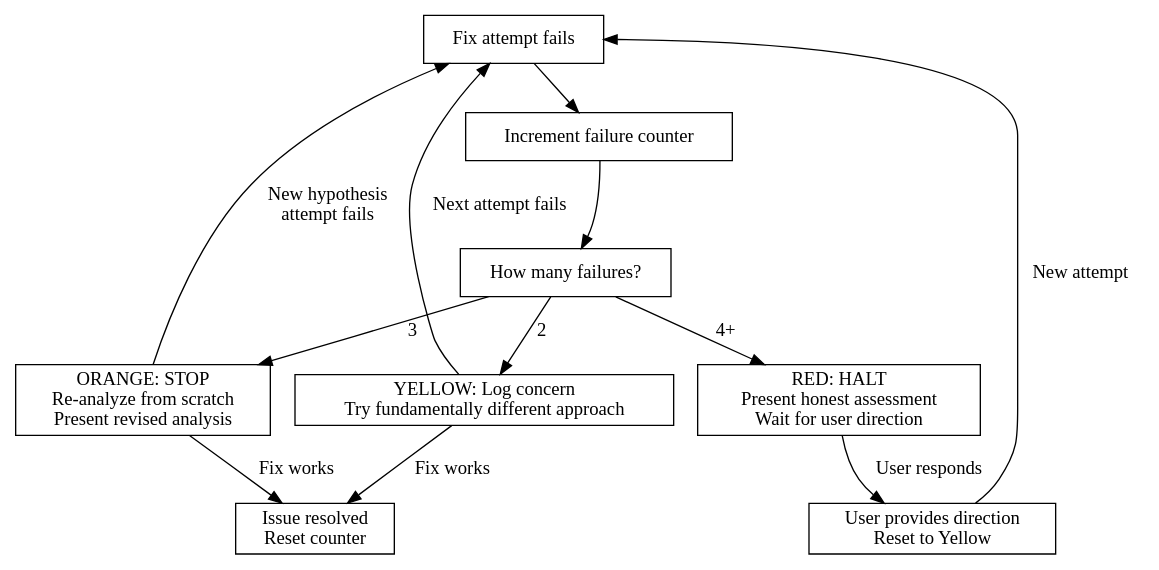
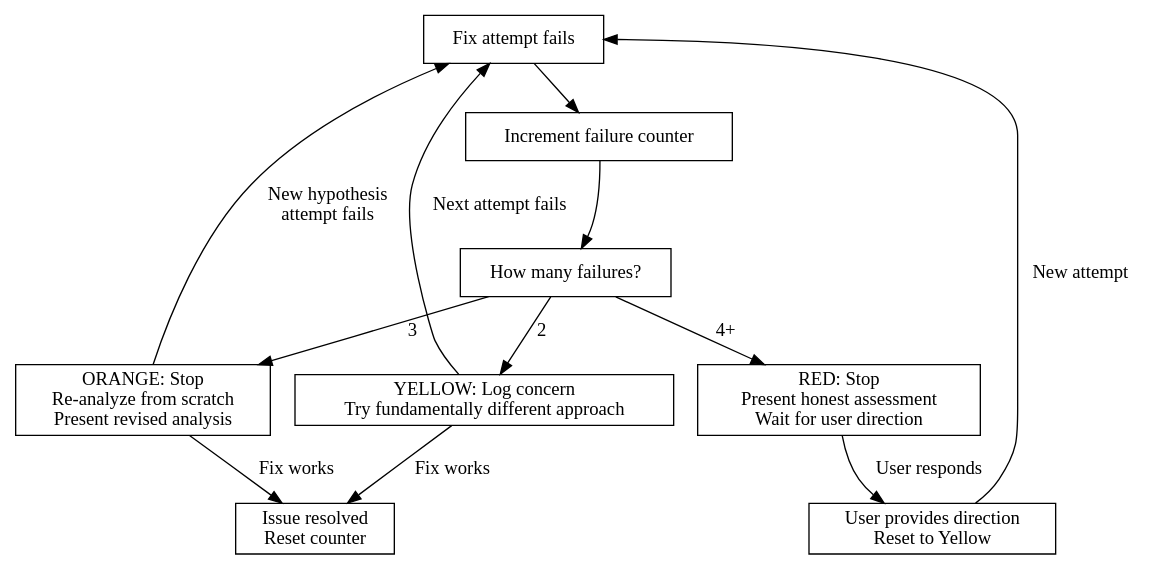
The diagram in skills/error-recovery/SKILL.md (themattkeenan/ascension), drawn with Graphviz before and after one commit. The commit also changed other lines of this file and 9 other files, not shown here.

````diff
--- a/skills/error-recovery/SKILL.md
+++ b/skills/error-recovery/SKILL.md
@@ -85,27 +82,27 @@
 ```dot
 digraph recovery {
   rankdir=TB
   node [shape=box]
 
   start [label="Fix attempt fails"]
   count [label="Increment failure counter"]
   check [label="How many failures?"]
   yellow [label="YELLOW: Log concern\nTry fundamentally different approach"]
-  orange [label="ORANGE: STOP\nRe-analyze from scratch\nPresent revised analysis"]
-  red [label="RED: HALT\nPresent honest assessment\nWait for user direction"]
+  orange [label="ORANGE: Stop\nRe-analyze from scratch\nPresent revised analysis"]
+  red [label="RED: Stop\nPresent honest assessment\nWait for user direction"]
   resolved [label="Issue resolved\nReset counter"]
   user [label="User provides direction\nReset to Yellow"]
 
   start -> count
   count -> check
   check -> yellow [label="2"]
   check -> orange [label="3"]
   check -> red [label="4+"]
   yellow -> start [label="Next attempt fails"]
   yellow -> resolved [label="Fix works"]
   orange -> start [label="New hypothesis\nattempt fails"]
   orange -> resolved [label="Fix works"]
   red -> user [label="User responds"]
   user -> start [label="New attempt"]
 }
 ```
````
